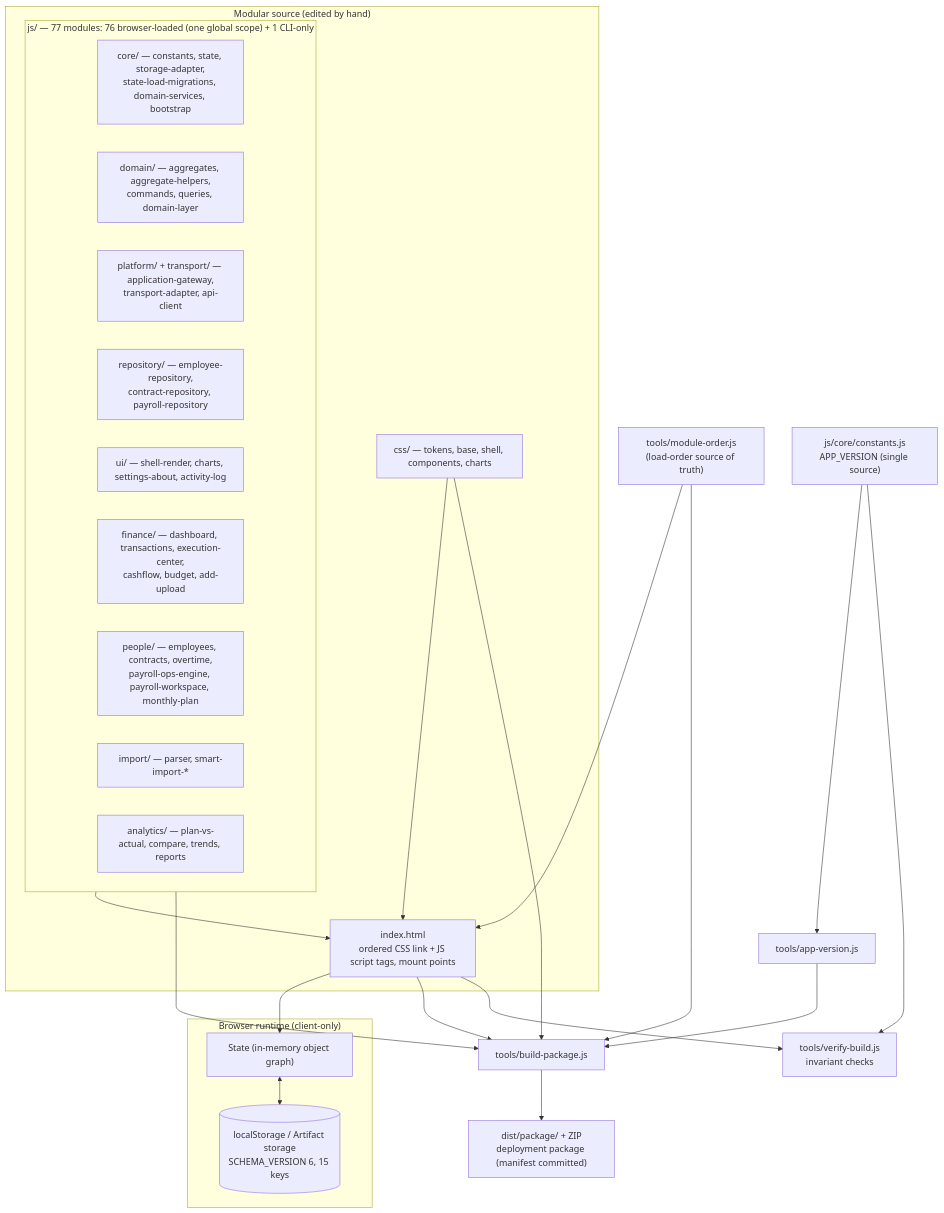
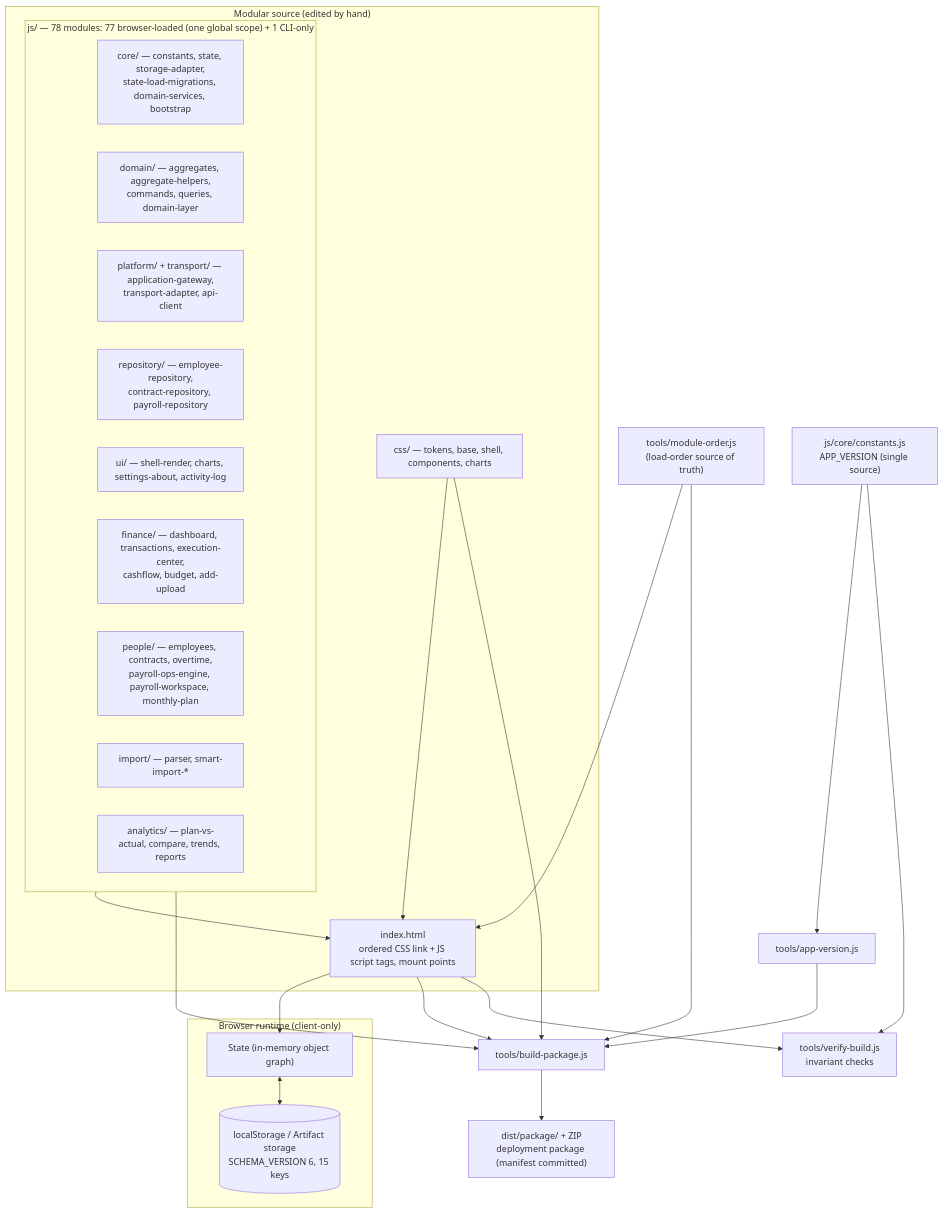
Before and after one commit to fanoryu/TAM-OS-Next: the first of 3 diagrams in ARCHITECTURE.md, drawn with Mermaid. The commit also changed other lines of this file and 4 other files, not shown here.

First line of the commit message:
docs: record AFI-3 credential flows

````diff
--- a/ARCHITECTURE.md
+++ b/ARCHITECTURE.md
@@ -110,45 +110,45 @@
 ```mermaid
 flowchart TD
   subgraph SRC["Modular source (edited by hand)"]
     IDX["index.html<br/>ordered CSS link + JS script tags, mount points"]
     CSS["css/ — tokens, base, shell, components, charts"]
-    subgraph JSMOD["js/ — 77 modules: 76 browser-loaded (one global scope) + 1 CLI-only"]
+    subgraph JSMOD["js/ — 78 modules: 77 browser-loaded (one global scope) + 1 CLI-only"]
       CORE["core/ — constants, state, storage-adapter,<br/>state-load-migrations, domain-services, bootstrap"]
       DOM["domain/ — aggregates, aggregate-helpers,<br/>commands, queries, domain-layer"]
       PLAT["platform/ + transport/ — application-gateway,<br/>transport-adapter, api-client"]
       REPO["repository/ — employee-repository,<br/>contract-repository, payroll-repository"]
       UI["ui/ — shell-render, charts, settings-about, activity-log"]
       FIN["finance/ — dashboard, transactions, execution-center,<br/>cashflow, budget, add-upload"]
       PPL["people/ — employees, contracts, overtime,<br/>payroll-ops-engine, payroll-workspace, monthly-plan"]
       IMP["import/ — parser, smart-import-*"]
       ANA["analytics/ — plan-vs-actual, compare, trends, reports"]
     end
   end
 
   subgraph RUN["Browser runtime (client-only)"]
     STATE["State (in-memory object graph)"]
     LS[("localStorage / Artifact storage<br/>SCHEMA_VERSION 6, 15 keys")]
   end
 
   ORDER["tools/module-order.js<br/>(load-order source of truth)"]
   CONST["js/core/constants.js<br/>APP_VERSION (single source)"]
   AV["tools/app-version.js"]
   BUILD["tools/build-package.js"]
   VERIFY["tools/verify-build.js<br/>invariant checks"]
   DIST["dist/package/ + ZIP<br/>deployment package (manifest committed)"]
 
   CSS --> IDX
   JSMOD --> IDX
   IDX --> STATE
   STATE <--> LS
 
   ORDER --> IDX
   ORDER --> BUILD
   CONST --> AV --> BUILD
   IDX --> BUILD
   CSS --> BUILD
   JSMOD --> BUILD
   BUILD --> DIST
   IDX --> VERIFY
   CONST --> VERIFY
 ```
````
